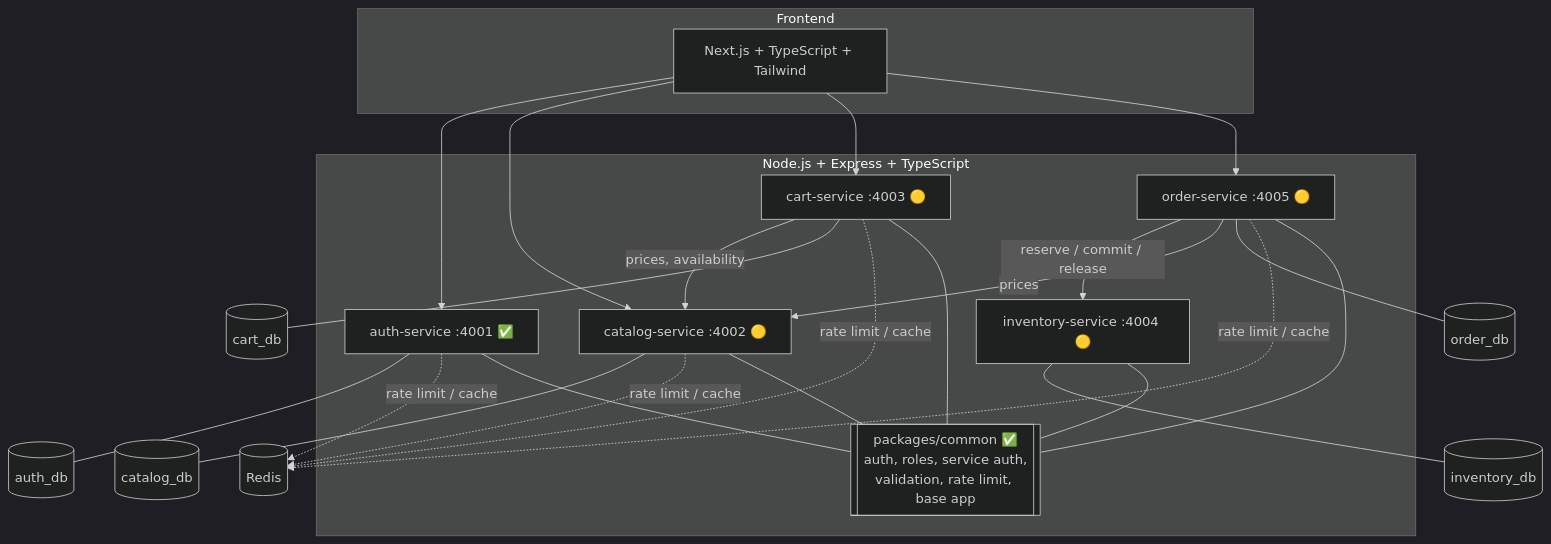
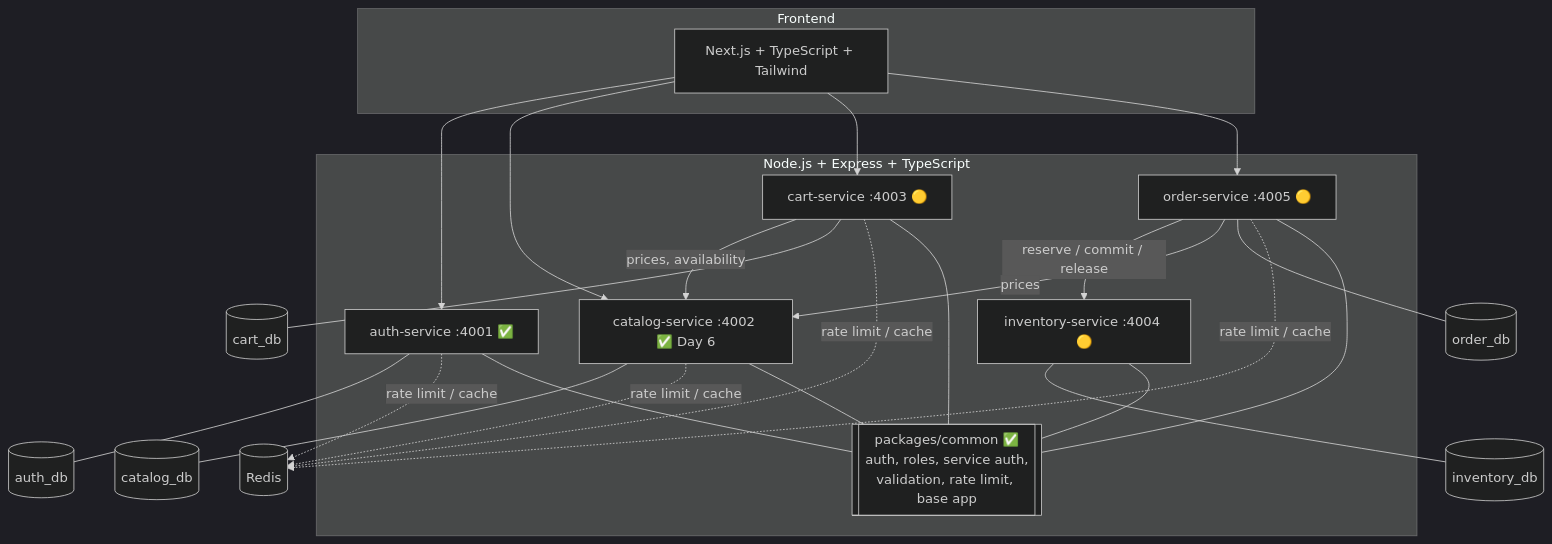
The second of 4 diagrams in docs/architecture/ARCHITECTURE_REPORT.md (shiblesadik603/multiVendorE_commerce), drawn with Mermaid (dark theme) before and after one commit. The commit also changed 31 other files, not shown here.

Commit message:
feat(catalog): Day 6 - categories, public catalog, seller product CRUD with ownership checks

````diff
--- a/docs/architecture/ARCHITECTURE_REPORT.md
+++ b/docs/architecture/ARCHITECTURE_REPORT.md
@@ -20,25 +20,25 @@
 ```mermaid
 flowchart TB
   subgraph Frontend
     FE[Next.js + TypeScript + Tailwind]
   end
   subgraph Backend[Node.js + Express + TypeScript]
     AUTH[auth-service :4001 ✅]
-    CAT[catalog-service :4002 🟡]
+    CAT[catalog-service :4002 ✅ Day 6]
     CART[cart-service :4003 🟡]
     INV[inventory-service :4004 🟡]
     ORD[order-service :4005 🟡]
     COMMON[[packages/common ✅<br/>auth, roles, service auth,<br/>validation, rate limit, base app]]
   end
   FE --> AUTH & CAT & CART & ORD
   CART -->|prices, availability| CAT
   ORD -->|reserve / commit / release| INV
   ORD -->|prices| CAT
   AUTH --- D1[(auth_db)]
   CAT --- D2[(catalog_db)]
   CART --- D3[(cart_db)]
   INV --- D4[(inventory_db)]
   ORD --- D5[(order_db)]
   AUTH & CAT & CART & ORD -.rate limit / cache.-> R[(Redis)]
   AUTH & CAT & CART & INV & ORD --- COMMON
 ```
````
